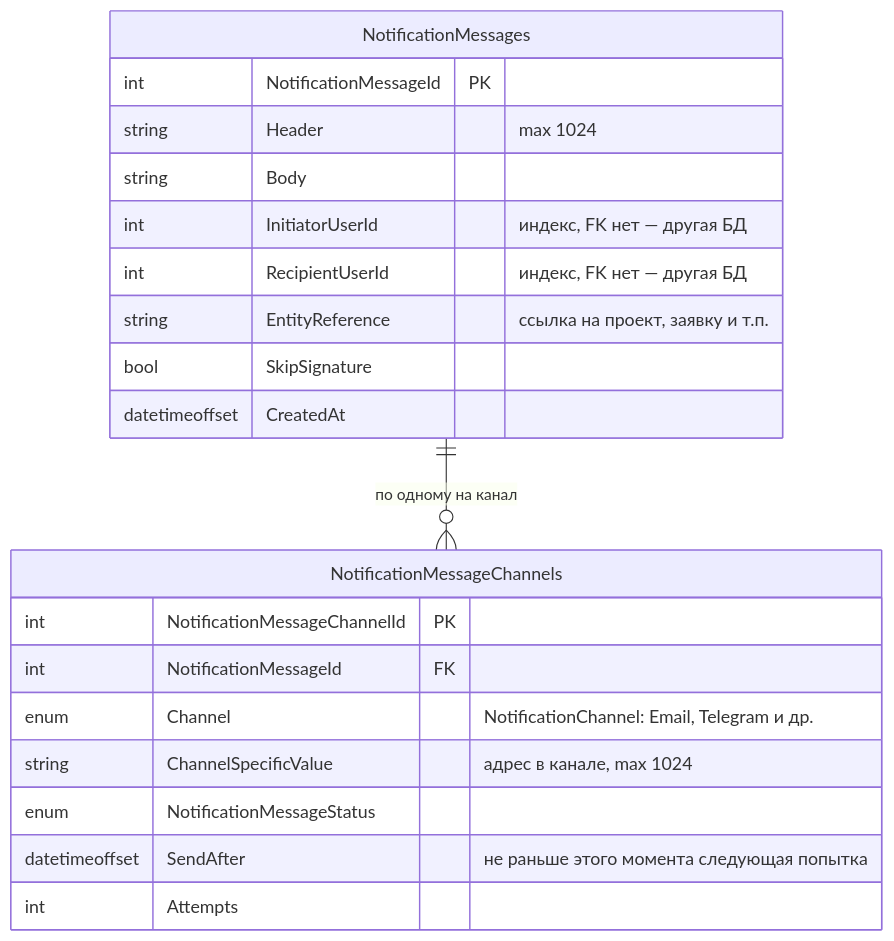
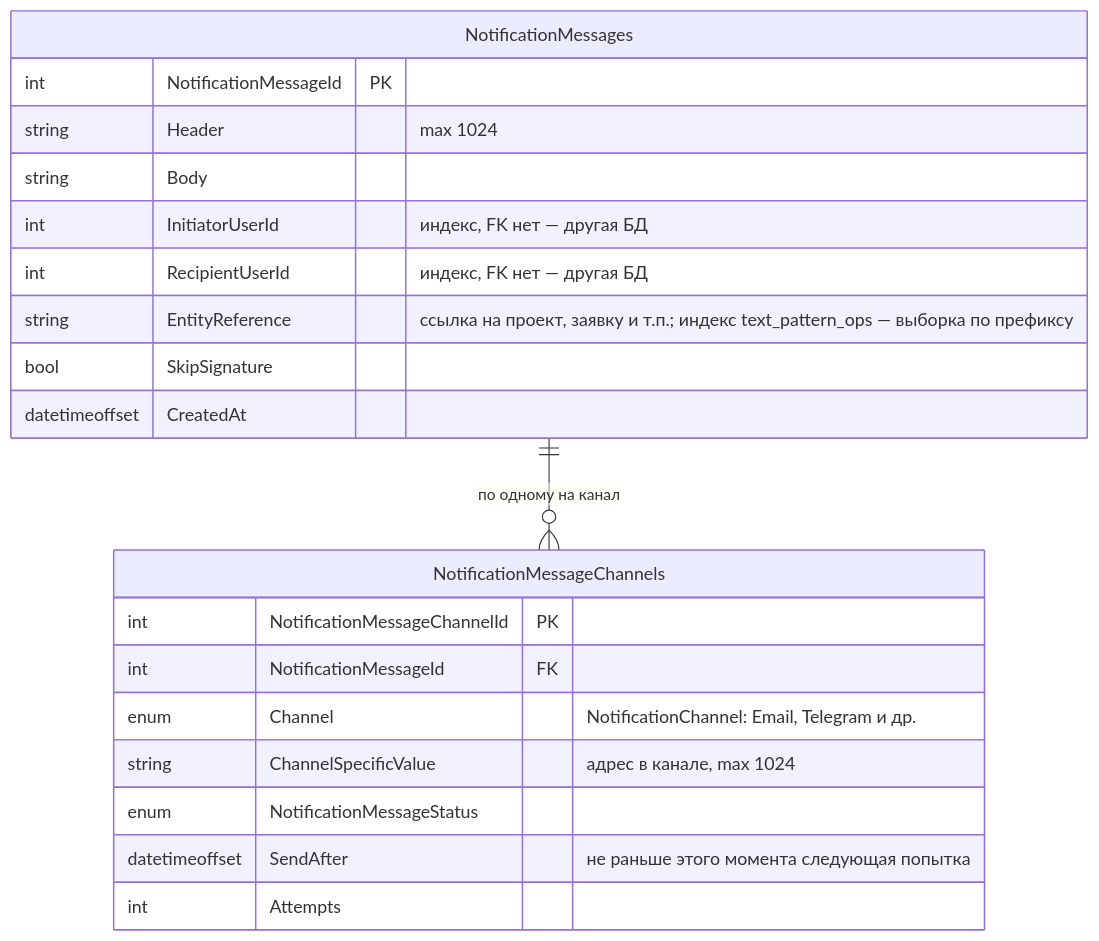
Before and after one commit to joinrpg/joinrpg-net: the tenth of 11 diagrams in docs/db-schema.md, drawn with Mermaid. The commit also changed 15 other files, not shown here.

First line of the commit message:
feat: выборка уведомлений по заявкам проекта и индекс по EntityReference (DRP, #5481) (#5494)

````diff
--- a/docs/db-schema.md
+++ b/docs/db-schema.md
@@ -820,25 +820,25 @@
 ```mermaid
 erDiagram
     NotificationMessages {
         int NotificationMessageId PK
         string Header "max 1024"
         string Body
         int InitiatorUserId "индекс, FK нет — другая БД"
         int RecipientUserId "индекс, FK нет — другая БД"
-        string EntityReference "ссылка на проект, заявку и т.п."
+        string EntityReference "ссылка на проект, заявку и т.п.; индекс text_pattern_ops — выборка по префиксу"
         bool SkipSignature
         datetimeoffset CreatedAt
     }
 
     NotificationMessageChannels {
         int NotificationMessageChannelId PK
         int NotificationMessageId FK
         enum Channel "NotificationChannel: Email, Telegram и др."
         string ChannelSpecificValue "адрес в канале, max 1024"
         enum NotificationMessageStatus
         datetimeoffset SendAfter "не раньше этого момента следующая попытка"
         int Attempts
     }
 
     NotificationMessages ||--o{ NotificationMessageChannels : "по одному на канал"
 ```
````
